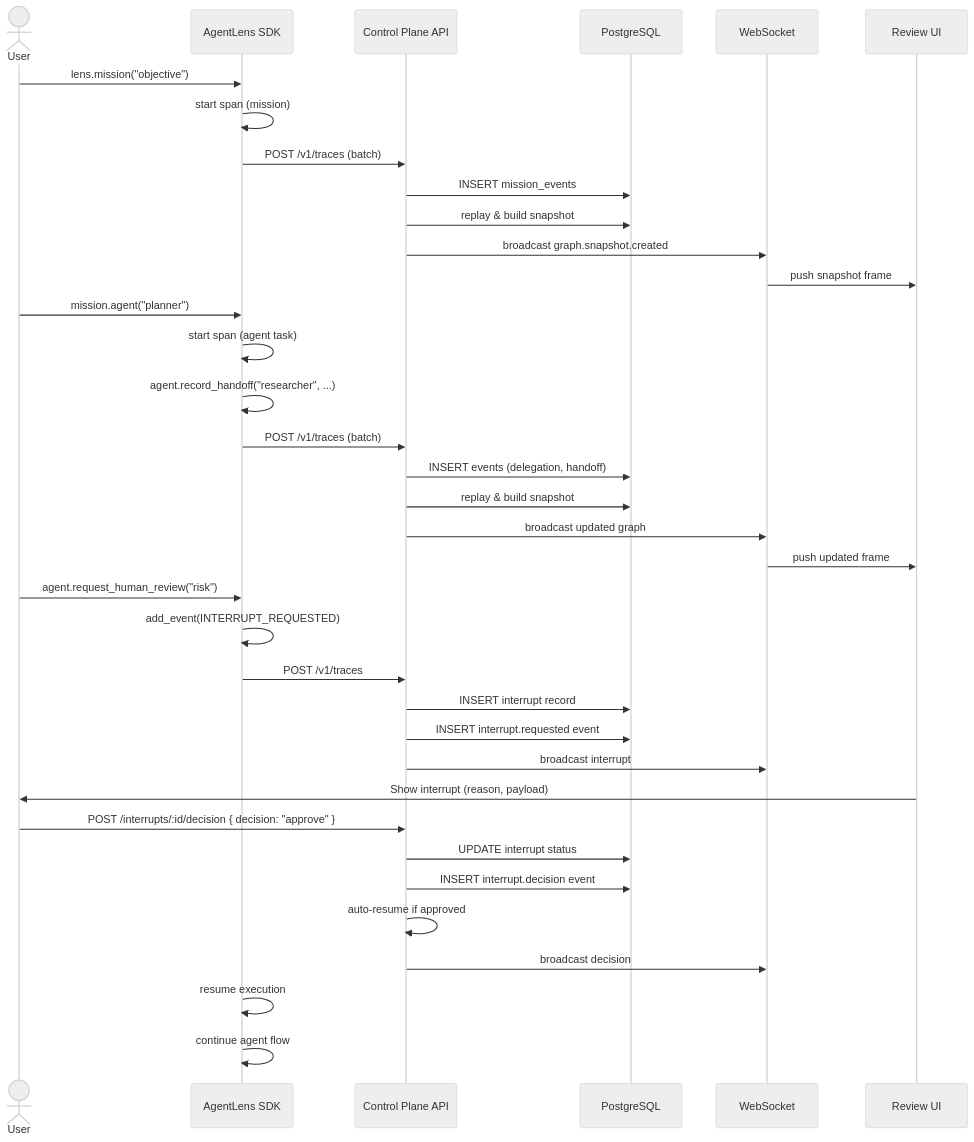
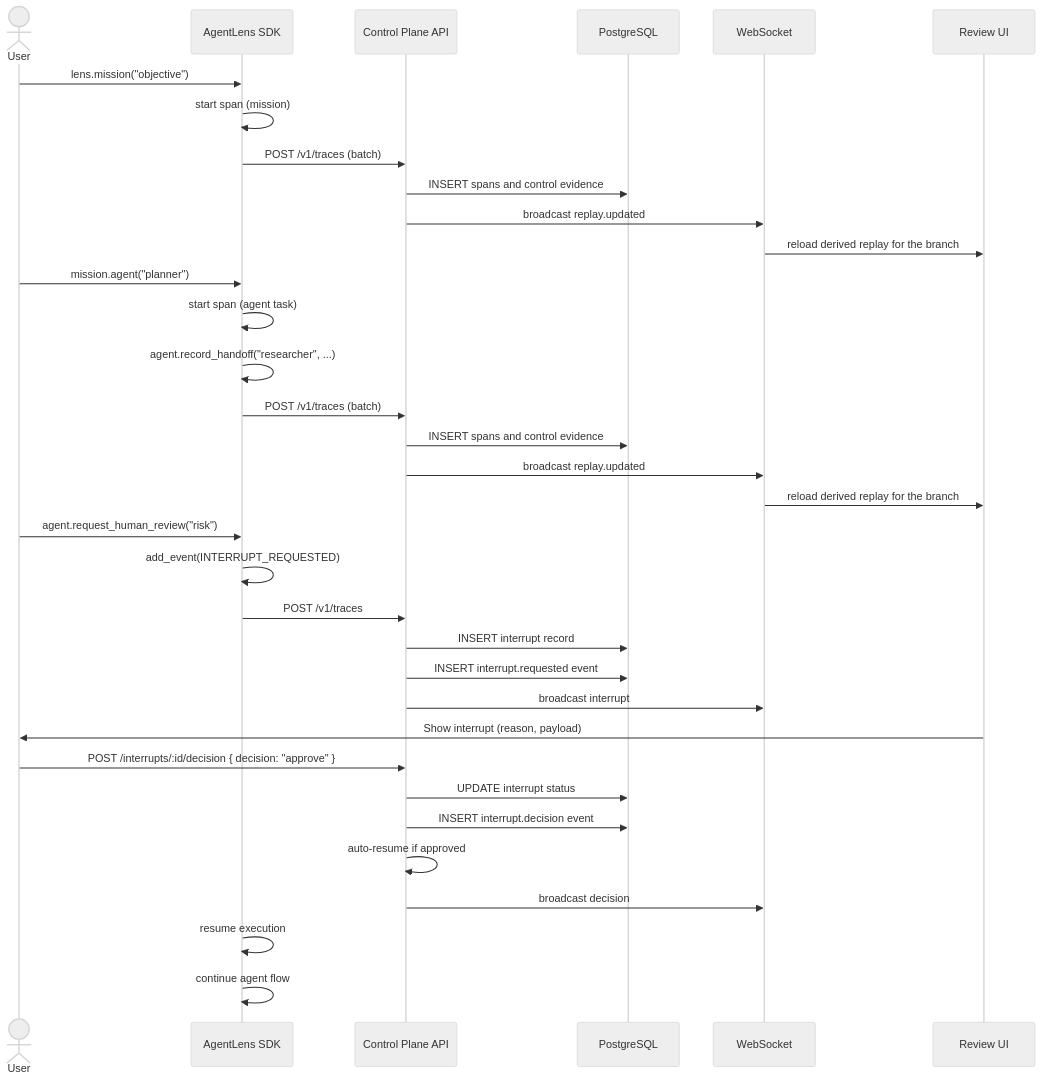
Before and after one commit to bbddbb1/AgentLens: the third of 3 diagrams in docs/reference/agent-api.md, drawn with Mermaid (neutral theme). The commit also changed 94 other files, not shown here.

````diff
--- a/docs/reference/agent-api.md
+++ b/docs/reference/agent-api.md
@@ -114,43 +114,41 @@
 ```mermaid
 sequenceDiagram
     actor User
     participant SDK as AgentLens SDK
     participant API as Control Plane API
     participant DB as PostgreSQL
     participant WS as WebSocket
     participant UI as Review UI
 
     User->>SDK: lens.mission("objective")
     SDK->>SDK: start span (mission)
     SDK->>API: POST /v1/traces (batch)
-    API->>DB: INSERT mission_events
-    API->>DB: replay & build snapshot
-    API->>WS: broadcast graph.snapshot.created
-    WS->>UI: push snapshot frame
+    API->>DB: INSERT spans and control evidence
+    API->>WS: broadcast replay.updated
+    WS->>UI: reload derived replay for the branch
 
     User->>SDK: mission.agent("planner")
     SDK->>SDK: start span (agent task)
     SDK->>SDK: agent.record_handoff("researcher", ...)
     SDK->>API: POST /v1/traces (batch)
-    API->>DB: INSERT events (delegation, handoff)
-    API->>DB: replay & build snapshot
-    API->>WS: broadcast updated graph
-    WS->>UI: push updated frame
+    API->>DB: INSERT spans and control evidence
+    API->>WS: broadcast replay.updated
+    WS->>UI: reload derived replay for the branch
 
     User->>SDK: agent.request_human_review("risk")
     SDK->>SDK: add_event(INTERRUPT_REQUESTED)
     SDK->>API: POST /v1/traces
     API->>DB: INSERT interrupt record
     API->>DB: INSERT interrupt.requested event
     API->>WS: broadcast interrupt
 
     UI->>User: Show interrupt (reason, payload)
     User->>API: POST /interrupts/:id/decision { decision: "approve" }
     API->>DB: UPDATE interrupt status
     API->>DB: INSERT interrupt.decision event
     API->>API: auto-resume if approved
     API->>WS: broadcast decision
 
     SDK->>SDK: resume execution
     SDK->>SDK: continue agent flow
 ```
````
